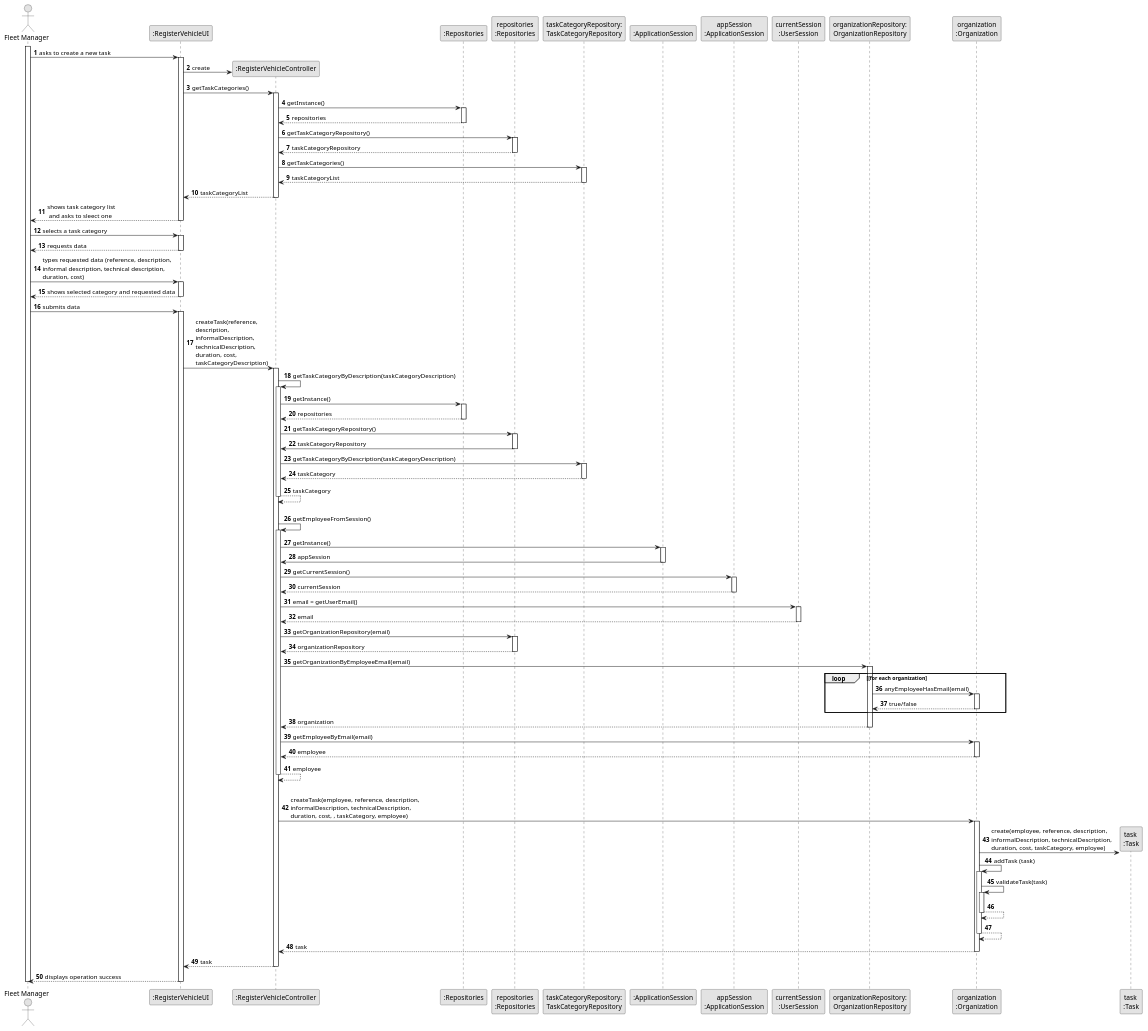
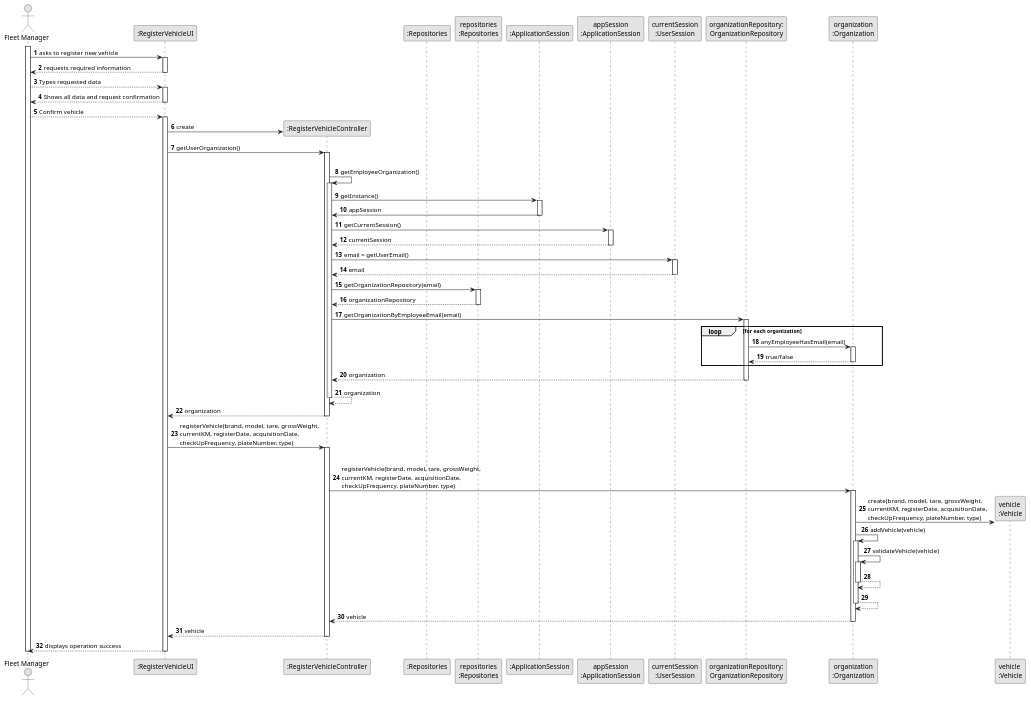
One commit to Departamento-de-Engenharia-Informatica/lei-24-s2-1dkl-g134 changed the diagram in docs/sprintB/us006/03.design/puml/us006-sequence-diagram-full.puml. Above: the diagram before and after it, drawn with PlantUML. The commit also changed 1 other file, not shown here.

```diff
--- a/docs/sprintB/us006/03.design/puml/us006-sequence-diagram-full.puml
+++ b/docs/sprintB/us006/03.design/puml/us006-sequence-diagram-full.puml
@@ -1,180 +1,135 @@
 @startuml
 skinparam monochrome true
 skinparam packageStyle rectangle
 skinparam shadowing false
 
 autonumber
 
 'hide footbox
 actor "Fleet Manager" as ADM
 participant ":RegisterVehicleUI" as UI
 participant ":RegisterVehicleController" as CTRL
 participant ":Repositories" as RepositorySingleton
 participant "repositories\n:Repositories" as PLAT
-participant "taskCategoryRepository:\nTaskCategoryRepository" as TaskCategoryRepository
 participant ":ApplicationSession" as _APP
 participant "appSession\n:ApplicationSession" as APP
 participant "currentSession\n:UserSession" as SESSAO
 participant "organizationRepository:\nOrganizationRepository" as OrganizationRepository
 participant "organization\n:Organization" as ORG
-participant "task \n:Task" as TAREFA
+participant "vehicle \n:Vehicle" as VEHICLE
 
 activate ADM
 
-        ADM -> UI : asks to create a new task
+        ADM -> UI : asks to register new vehicle
+
+        activate UI
+
+'            UI --> ADM : requests data (reference, description,  informal \n description, technical description, duration, cost)
+            'create CTRL
+
+            UI --> ADM : requests required information
+
+         deactivate UI
+
+            ADM --> UI : Types requested data
+
+         activate UI
+
+           UI --> ADM : Shows all data and request confirmation
+
+         deactivate UI
+
+            ADM --> UI : Confirm vehicle
 
         activate UI
 
 '            UI --> ADM : requests data (reference, description,  informal \n description, technical description, duration, cost)
             'create CTRL
             UI -> CTRL** : create
 
-            UI -> CTRL : getTaskCategories()
+            UI -> CTRL : getUserOrganization()
             activate CTRL
 
-                CTRL -> RepositorySingleton : getInstance()
-                activate RepositorySingleton
+                |||
+                CTRL -> CTRL : getEmployeeOrganization()
+                activate CTRL
 
-                    RepositorySingleton --> CTRL: repositories
-                deactivate RepositorySingleton
+                    CTRL -> _APP: getInstance()
+                    activate _APP
+                        _APP -> CTRL: appSession
+                    deactivate _APP
 
-                CTRL -> PLAT : getTaskCategoryRepository()
-                activate PLAT
 
-                    PLAT --> CTRL: taskCategoryRepository
-                deactivate PLAT
+                    CTRL -> APP: getCurrentSession()
+                    activate APP
 
-                CTRL -> TaskCategoryRepository : getTaskCategories()
-                activate TaskCategoryRepository
+                        APP --> CTRL: currentSession
+                    deactivate APP
 
-                    TaskCategoryRepository --> CTRL : taskCategoryList
-                deactivate TaskCategoryRepository
+                    CTRL -> SESSAO: email = getUserEmail()
+                    activate SESSAO
 
-                CTRL --> UI : taskCategoryList
+                        SESSAO --> CTRL: email
+                    deactivate SESSAO
+
+
+                    CTRL -> PLAT: getOrganizationRepository(email)
+                    activate PLAT
+
+                        PLAT --> CTRL: organizationRepository
+                    deactivate PLAT
+
+
+                    CTRL -> OrganizationRepository: getOrganizationByEmployeeEmail(email)
+                    activate OrganizationRepository
+
+                        loop for each organization
+
+                            OrganizationRepository -> ORG : anyEmployeeHasEmail(email)
+                            activate ORG
+
+                                 ORG --> OrganizationRepository : true/false
+                            deactivate ORG
+                        end
+                        OrganizationRepository --> CTRL : organization
+                    deactivate OrganizationRepository
+
+                    CTRL --> CTRL : organization
+                deactivate CTRL
+
+                CTRL --> UI : organization
             deactivate CTRL
 
-            UI --> ADM : shows task category list\n and asks to sleect one
-        deactivate UI
 
-    ADM -> UI : selects a task category
-    activate UI
-
-        UI --> ADM : requests data
-    deactivate UI
-
-    ADM -> UI : types requested data (reference, description, \ninformal description, technical description,\nduration, cost)
-    activate UI
-
-        UI --> ADM : shows selected category and requested data
-    deactivate UI
-
-    ADM -> UI : submits data
-    activate UI
-
-        UI -> CTRL : createTask(reference,\ndescription,\ninformalDescription,\ntechnicalDescription,\nduration, cost,\ntaskCategoryDescription)
+        UI -> CTRL : registerVehicle(brand, model, tare, grossWeight,\ncurrentKM, registerDate, acquisitionDate,\ncheckUpFrequency, plateNumber, type)
         activate CTRL
 
-            CTRL -> CTRL : getTaskCategoryByDescription(taskCategoryDescription)
-            activate CTRL
-
-                CTRL -> RepositorySingleton : getInstance()
-                activate RepositorySingleton
-
-                    RepositorySingleton --> CTRL: repositories
-                deactivate RepositorySingleton
-
-                CTRL -> PLAT : getTaskCategoryRepository()
-                activate PLAT
-
-                    PLAT -> CTRL : taskCategoryRepository
-                deactivate PLAT
-
-                CTRL -> TaskCategoryRepository : getTaskCategoryByDescription(taskCategoryDescription)
-                activate TaskCategoryRepository
-
-                    TaskCategoryRepository --> CTRL : taskCategory
-                deactivate TaskCategoryRepository
-                    CTRL --> CTRL : taskCategory
-            deactivate CTRL
-
             |||
-            CTRL -> CTRL : getEmployeeFromSession()
-            activate CTRL
-
-                CTRL -> _APP: getInstance()
-                activate _APP
-                    _APP -> CTRL: appSession
-                deactivate _APP
-
-
-                CTRL -> APP: getCurrentSession()
-                activate APP
-
-                    APP --> CTRL: currentSession
-                deactivate APP
-
-                CTRL -> SESSAO: email = getUserEmail()
-                activate SESSAO
-
-                    SESSAO --> CTRL: email
-                deactivate SESSAO
-
-
-                CTRL -> PLAT: getOrganizationRepository(email)
-                activate PLAT
-
-                    PLAT --> CTRL: organizationRepository
-                deactivate PLAT
-
-
-                CTRL -> OrganizationRepository: getOrganizationByEmployeeEmail(email)
-                activate OrganizationRepository
-
-                    loop [for each organization
-                        OrganizationRepository -> ORG : anyEmployeeHasEmail(email)
-                        activate ORG
-
-                             ORG --> OrganizationRepository : true/false
-                        deactivate ORG
-                    end
-                    OrganizationRepository --> CTRL : organization
-                deactivate OrganizationRepository
-
-                CTRL -> ORG: getEmployeeByEmail(email)
-                activate ORG
-
-                    ORG --> CTRL : employee
-                deactivate ORG
-
-                CTRL --> CTRL : employee
-            deactivate CTRL
-
-            |||
-            CTRL -> ORG: createTask(employee, reference, description,\ninformalDescription, technicalDescription,\nduration, cost, , taskCategory, employee)
+            CTRL -> ORG: registerVehicle(brand, model, tare, grossWeight,\ncurrentKM, registerDate, acquisitionDate,\ncheckUpFrequency, plateNumber, type)
             activate ORG
 
-                ORG -> TAREFA**: create(employee, reference, description,\ninformalDescription, technicalDescription,\nduration, cost, taskCategory, employee)
-                ORG -> ORG: addTask (task)
+                ORG -> VEHICLE**: create(brand, model, tare, grossWeight,\ncurrentKM, registerDate, acquisitionDate,\ncheckUpFrequency, plateNumber, type)
+                ORG -> ORG: addVehicle(vehicle)
 
 
                 activate ORG
-                    ORG -> ORG: validateTask(task)
+                    ORG -> ORG: validateVehicle(vehicle)
                     activate ORG
                         ORG --> ORG
                     deactivate ORG
 
                     ORG --> ORG
                 deactivate ORG
 
-                ORG --> CTRL : task
+                ORG --> CTRL : vehicle
 
             deactivate ORG
 
-            CTRL --> UI: task
+            CTRL --> UI: vehicle
             deactivate CTRL
             UI --> ADM: displays operation success
     deactivate UI
 
 deactivate ADM
 
 @enduml
```
